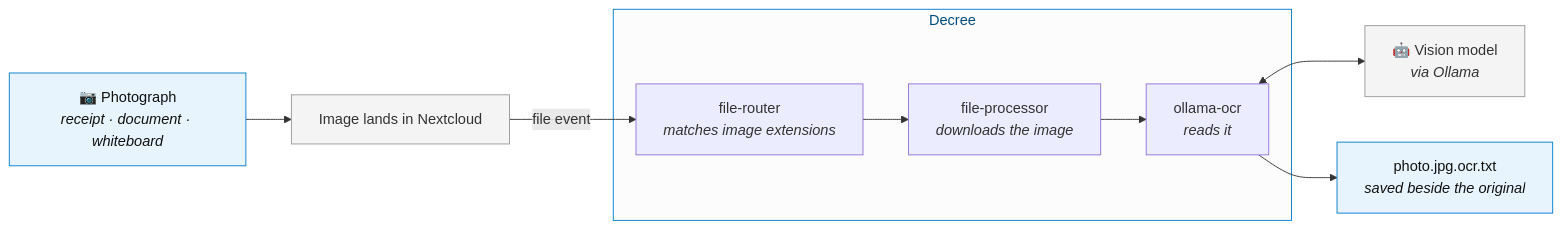
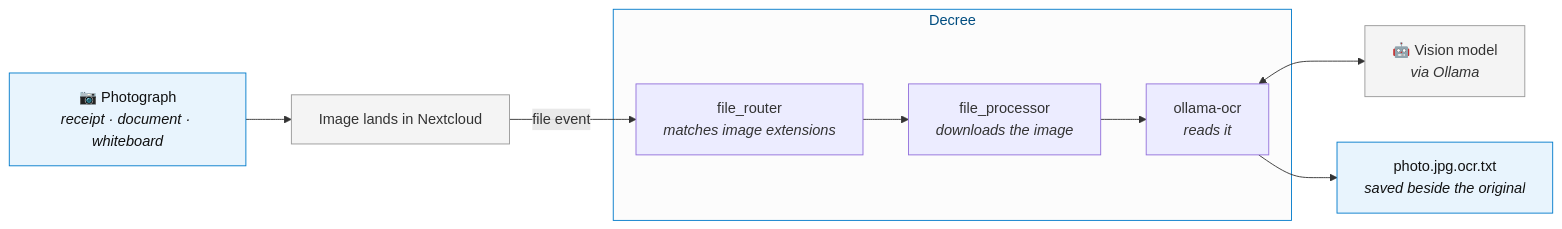
Before and after one commit to jtmckay/existential: the diagram in site/docs/flows/image-ocr.md, drawn with Mermaid. The commit also changed other lines of this file and 108 other files, not shown here.

````diff
--- a/site/docs/flows/image-ocr.md
+++ b/site/docs/flows/image-ocr.md
@@ -13,26 +13,26 @@
 ```mermaid
 flowchart LR
     cam["📷 Photograph<br/><i>receipt · document · whiteboard</i>"]
     land["Image lands in Nextcloud"]
 
     subgraph decree["Decree"]
-        route["file-router<br/><i>matches image extensions</i>"]
-        proc["file-processor<br/><i>downloads the image</i>"]
+        route["file_router<br/><i>matches image extensions</i>"]
+        proc["file_processor<br/><i>downloads the image</i>"]
         ocr["ollama-ocr<br/><i>reads it</i>"]
         route --> proc --> ocr
     end
 
     vision["🤖 Vision model<br/><i>via Ollama</i>"]
     out["photo.jpg.ocr.txt<br/><i>saved beside the original</i>"]
 
     cam --> land
     land -->|"file event"| route
     ocr <--> vision
     ocr --> out
 
     classDef you fill:#e8f4fd,stroke:#027bcb,color:#111
     classDef step fill:#f4f4f4,stroke:#999,color:#333
     class cam,out you
     class land,vision step
     style decree fill:#fcfcfc,stroke:#027bcb,stroke-width:1px,color:#014d80
 ```
````
